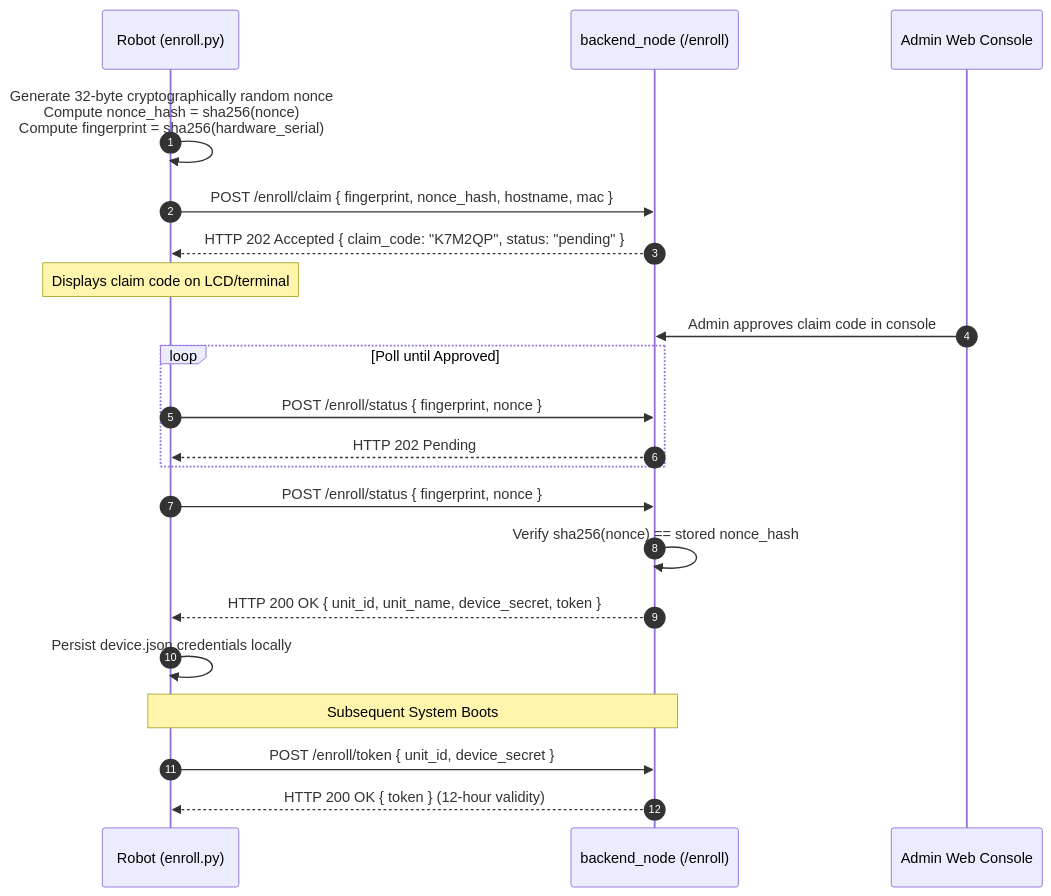
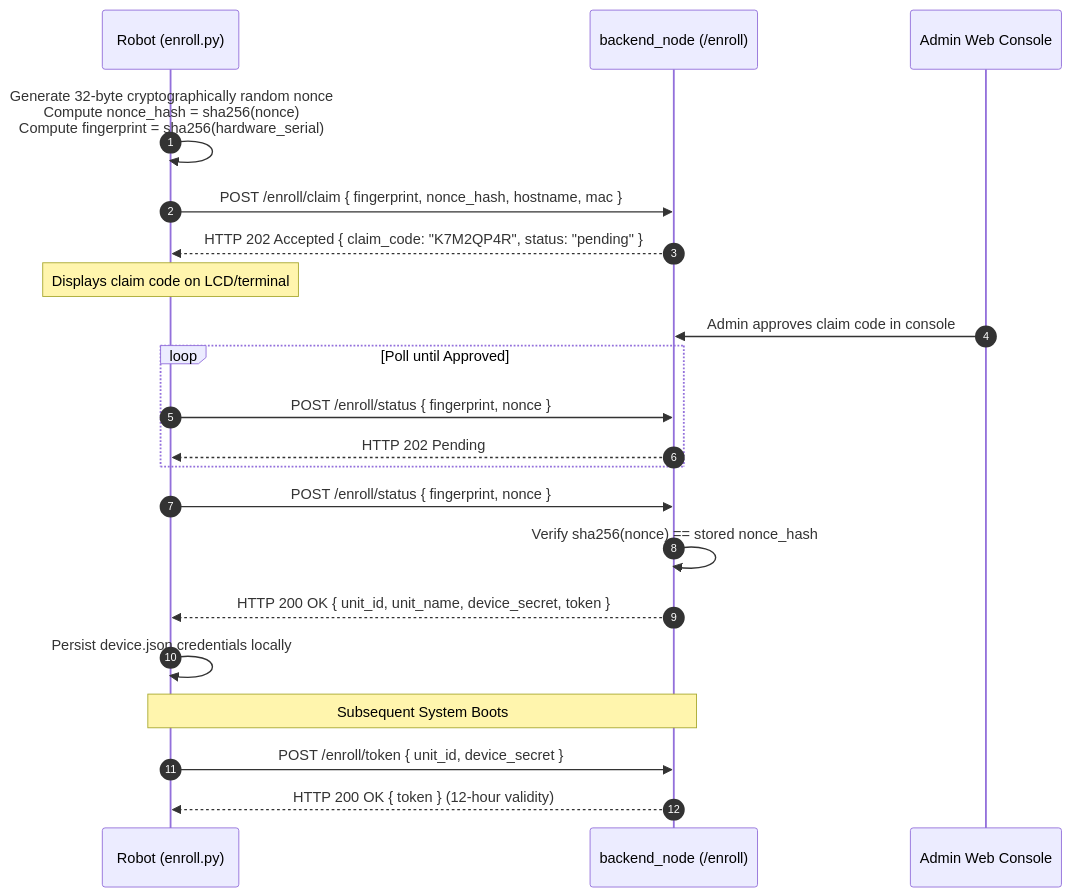
The fifth of 5 diagrams in docs/development/message-contracts.md (itbdelaboprogramming/msd700_documentation), drawn with Mermaid before and after one commit. The commit also changed 110 other files, not shown here.

````diff
--- a/docs/development/message-contracts.md
+++ b/docs/development/message-contracts.md
@@ -467,25 +467,25 @@
 ```mermaid
 sequenceDiagram
   autonumber
   participant Robot as Robot (enroll.py)
   participant Backend as backend_node (/enroll)
   participant Admin as Admin Web Console
 
   Robot->>Robot: Generate 32-byte cryptographically random nonce<br/>Compute nonce_hash = sha256(nonce)<br/>Compute fingerprint = sha256(hardware_serial)
   Robot->>Backend: POST /enroll/claim { fingerprint, nonce_hash, hostname, mac }
-  Backend-->>Robot: HTTP 202 Accepted { claim_code: "K7M2QP", status: "pending" }
+  Backend-->>Robot: HTTP 202 Accepted { claim_code: "K7M2QP4R", status: "pending" }
   Note over Robot: Displays claim code on LCD/terminal
   Admin->>Backend: Admin approves claim code in console
   loop Poll until Approved
     Robot->>Backend: POST /enroll/status { fingerprint, nonce }
     Backend-->>Robot: HTTP 202 Pending
   end
   Robot->>Backend: POST /enroll/status { fingerprint, nonce }
   Backend->>Backend: Verify sha256(nonce) == stored nonce_hash
   Backend-->>Robot: HTTP 200 OK { unit_id, unit_name, device_secret, token }
   Robot->>Robot: Persist device.json credentials locally
 
   Note over Robot,Backend: Subsequent System Boots
   Robot->>Backend: POST /enroll/token { unit_id, device_secret }
   Backend-->>Robot: HTTP 200 OK { token } (12-hour validity)
 ```
````
